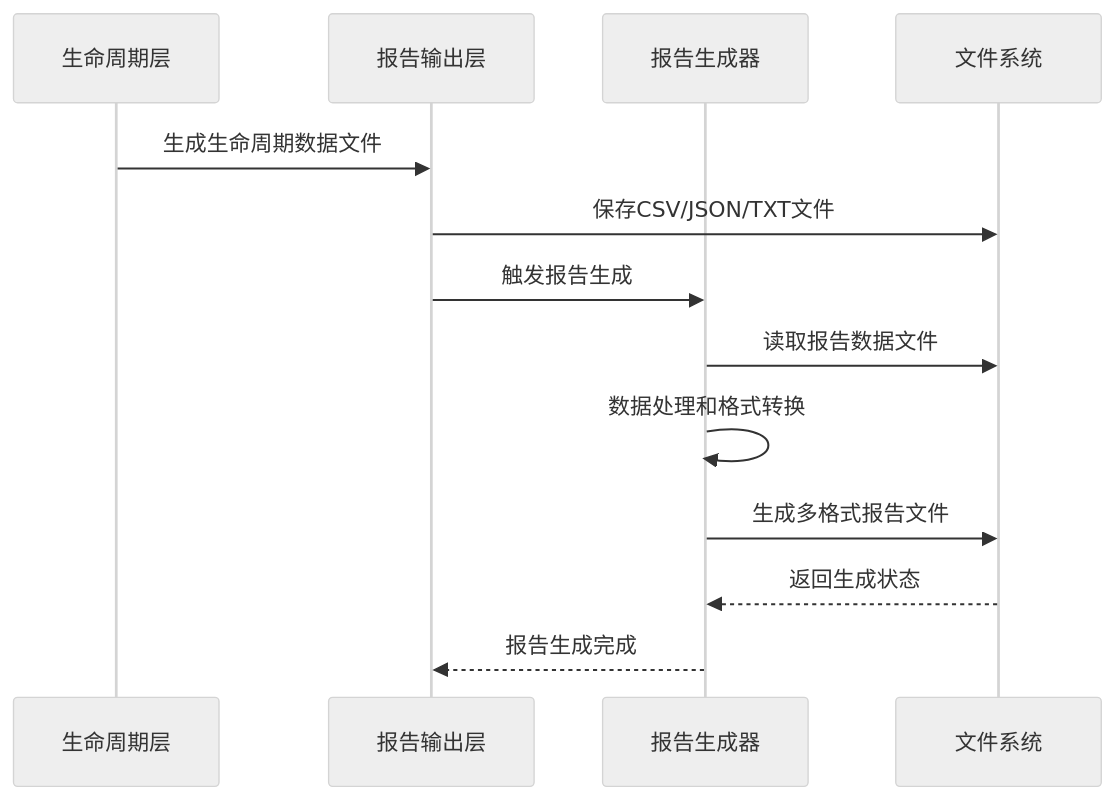
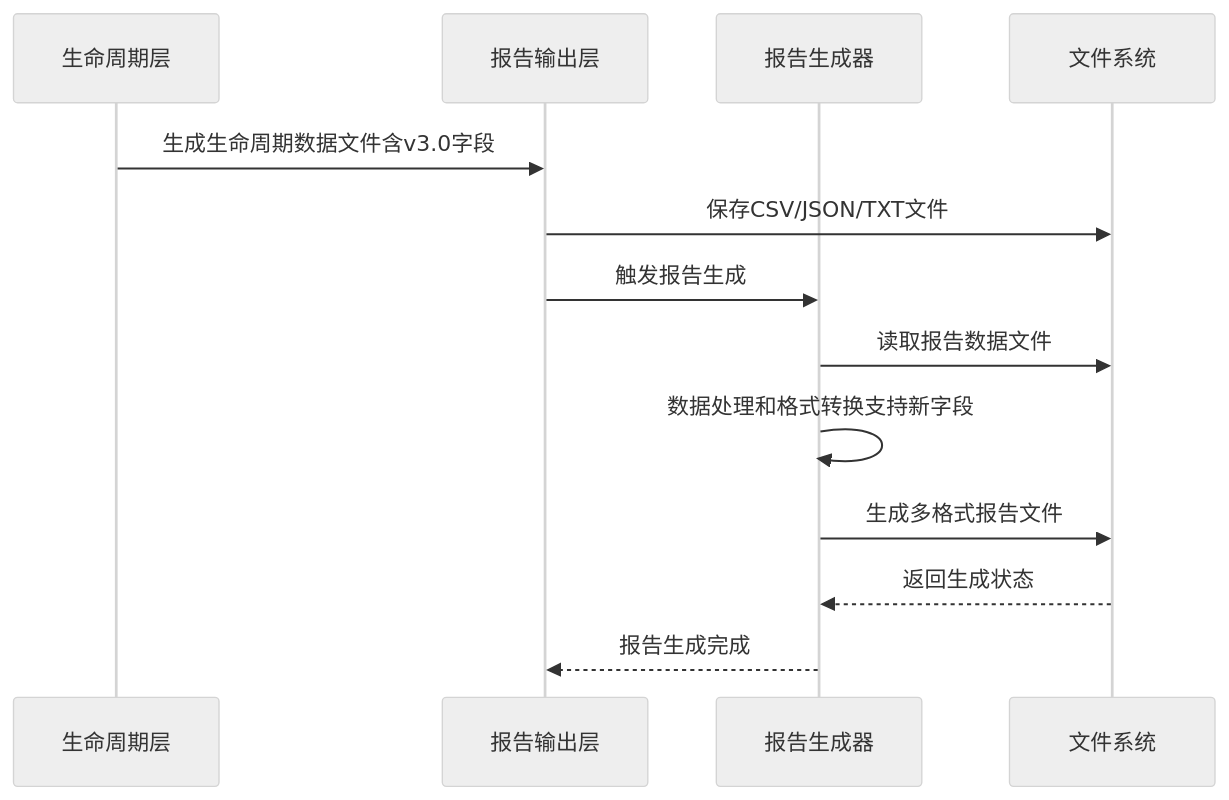
The second of 6 diagrams in .qoder/repowiki/zh/content/报告系统.md (cr71111/User_characteristics_repo), drawn with Mermaid (neutral theme) before and after one commit. The commit also changed other lines of this file and 158 other files, not shown here.

````diff
--- a/.qoder/repowiki/zh/content/报告系统.md
+++ b/.qoder/repowiki/zh/content/报告系统.md
@@ -109,15 +124,15 @@
 ```mermaid
 sequenceDiagram
 participant L3 as 生命周期层
 participant RL as 报告输出层
 participant RG as 报告生成器
 participant FS as 文件系统
-L3->>RL : 生成生命周期数据文件
+L3->>RL : 生成生命周期数据文件含v3.0字段
 RL->>FS : 保存CSV/JSON/TXT文件
 RL->>RG : 触发报告生成
 RG->>FS : 读取报告数据文件
-RG->>RG : 数据处理和格式转换
+RG->>RG : 数据处理和格式转换支持新字段
 RG->>FS : 生成多格式报告文件
 FS-->>RG : 返回生成状态
 RG-->>RL : 报告生成完成
 ```
````
